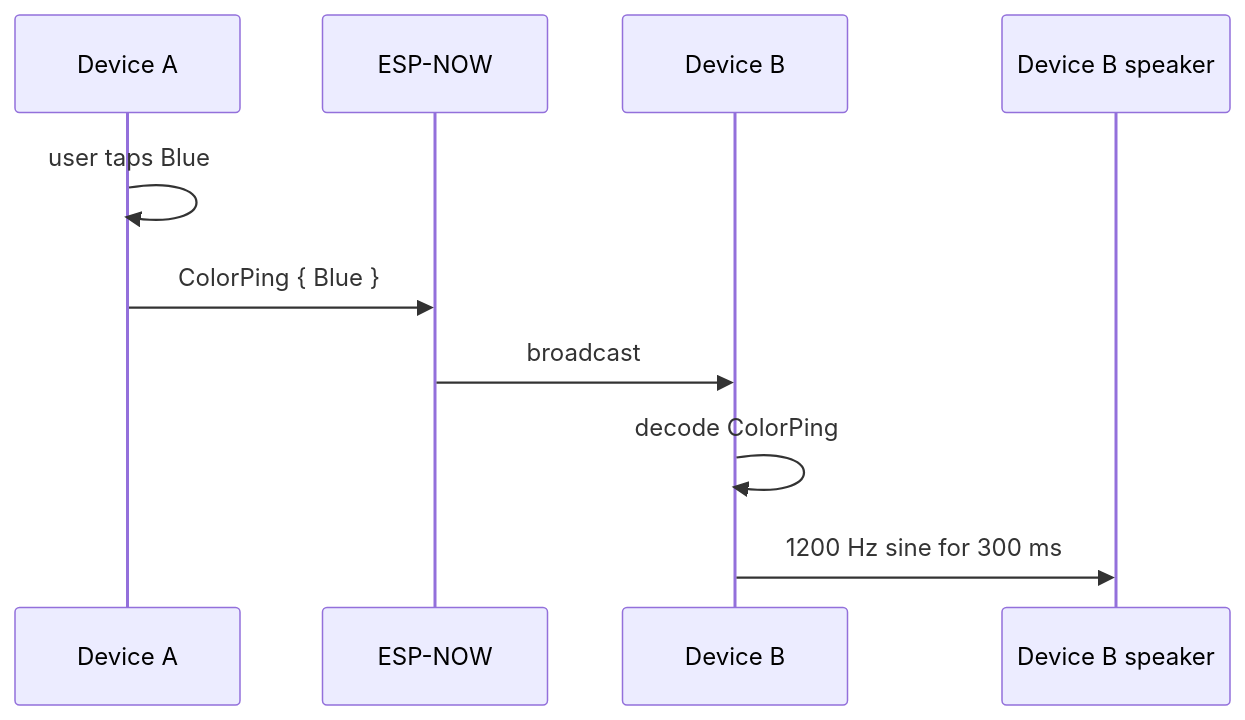
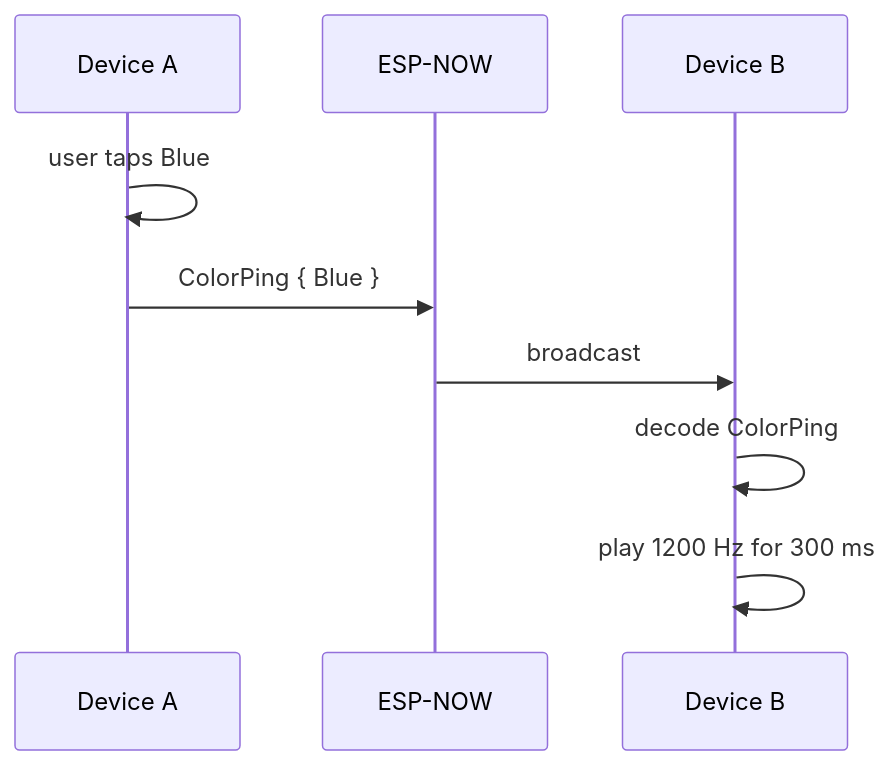
One commit to wackazong/hackandhike-2026 changed the diagram in README.md. Above: the diagram before and after it, drawn with Mermaid. The commit also changed other lines of this file and 1 other file, not shown here.

First line of the commit message:
docs: quick-start README and an architecture document

````diff
--- a/README.md
+++ b/README.md
@@ -690,13 +309,12 @@
 ```mermaid
 sequenceDiagram
     participant A as Device A
     participant Radio as ESP-NOW
     participant B as Device B
-    participant Speaker as Device B speaker
 
     A->>A: user taps Blue
     A->>Radio: ColorPing { Blue }
     Radio->>B: broadcast
     B->>B: decode ColorPing
-    B->>Speaker: 1200 Hz sine for 300 ms
+    B->>B: play 1200 Hz for 300 ms
 ```
````
